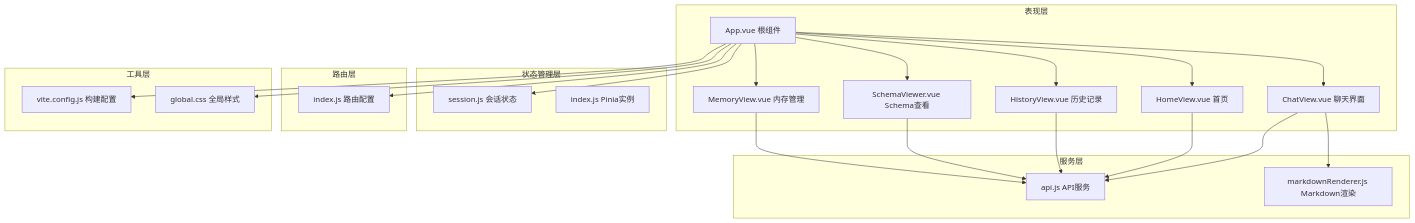
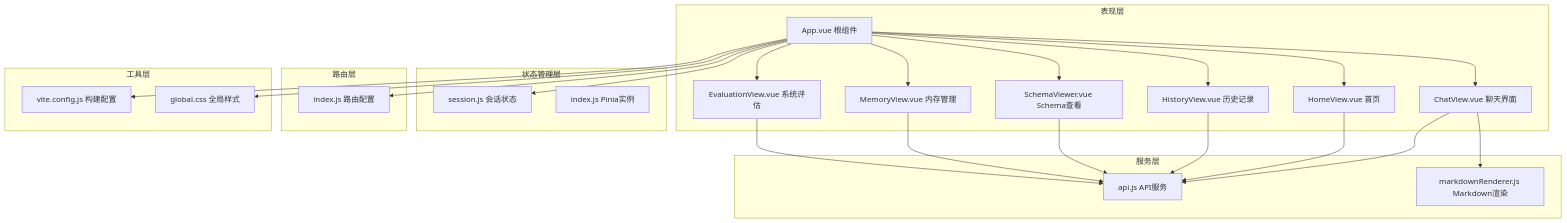
Before and after one commit to HanHuiOnLine/724-office: the fourth of 17 diagrams in .qoder/repowiki/zh/content/核心模块详解/NL2SQL自然语言到SQL系统/NL2SQL前端增强功能.md, drawn with Mermaid. The commit also changed other lines of this file and 200 other files, not shown here.

````diff
--- a/.qoder/repowiki/zh/content/核心模块详解/NL2SQL自然语言到SQL系统/NL2SQL前端增强功能.md
+++ b/.qoder/repowiki/zh/content/核心模块详解/NL2SQL自然语言到SQL系统/NL2SQL前端增强功能.md
@@ -165,41 +169,44 @@
 ```mermaid
 graph TB
 subgraph "表现层"
 A[App.vue 根组件]
 B[ChatView.vue 聊天界面]
 C[HomeView.vue 首页]
 D[HistoryView.vue 历史记录]
 E[SchemaViewer.vue Schema查看]
 F[MemoryView.vue 内存管理]
+G[EvaluationView.vue 系统评估]
 end
 subgraph "状态管理层"
-G[session.js 会话状态]
-H[index.js Pinia实例]
+H[session.js 会话状态]
+I[index.js Pinia实例]
 end
 subgraph "路由层"
-I[index.js 路由配置]
+J[index.js 路由配置]
 end
 subgraph "服务层"
-J[api.js API服务]
-K[markdownRenderer.js Markdown渲染]
+K[api.js API服务]
+L[markdownRenderer.js Markdown渲染]
 end
 subgraph "工具层"
-L[vite.config.js 构建配置]
-M[global.css 全局样式]
+M[vite.config.js 构建配置]
+N[global.css 全局样式]
 end
 A --> B
 A --> C
 A --> D
 A --> E
 A --> F
 A --> G
-A --> I
-B --> J
-C --> J
-D --> J
-E --> J
-F --> J
+A --> H
+A --> J
 B --> K
-A --> L
+C --> K
+D --> K
+E --> K
+F --> K
+G --> K
+B --> L
 A --> M
+A --> N
 ```
````
